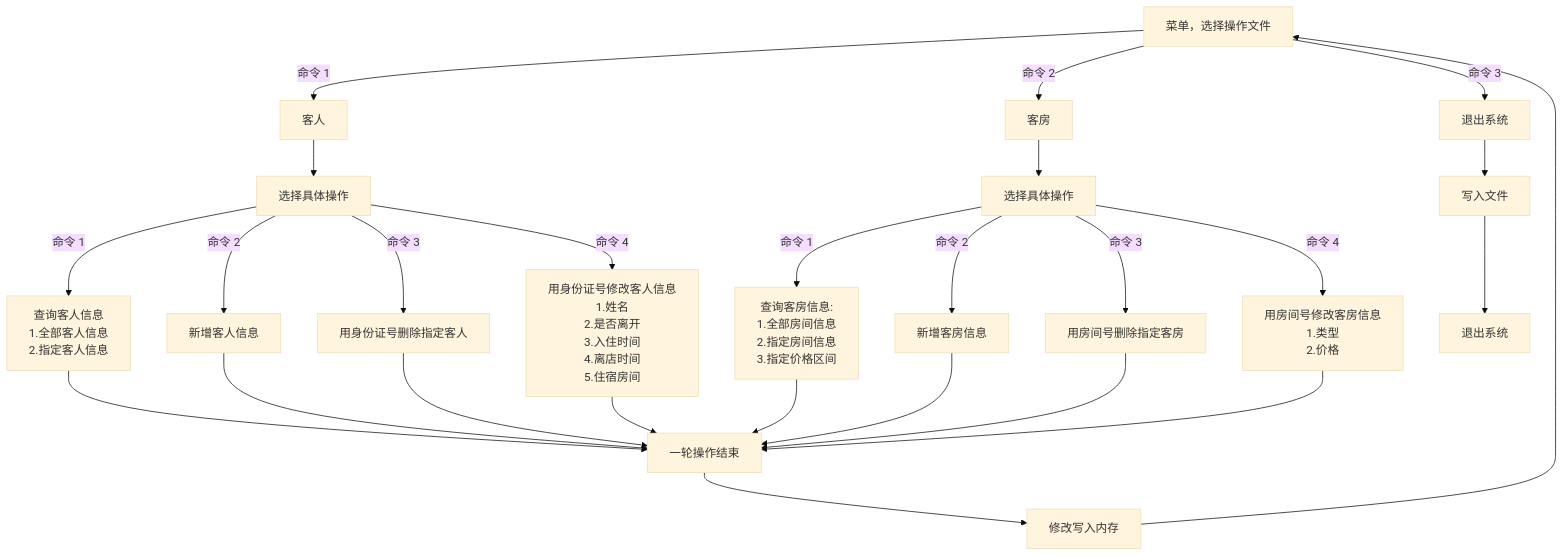
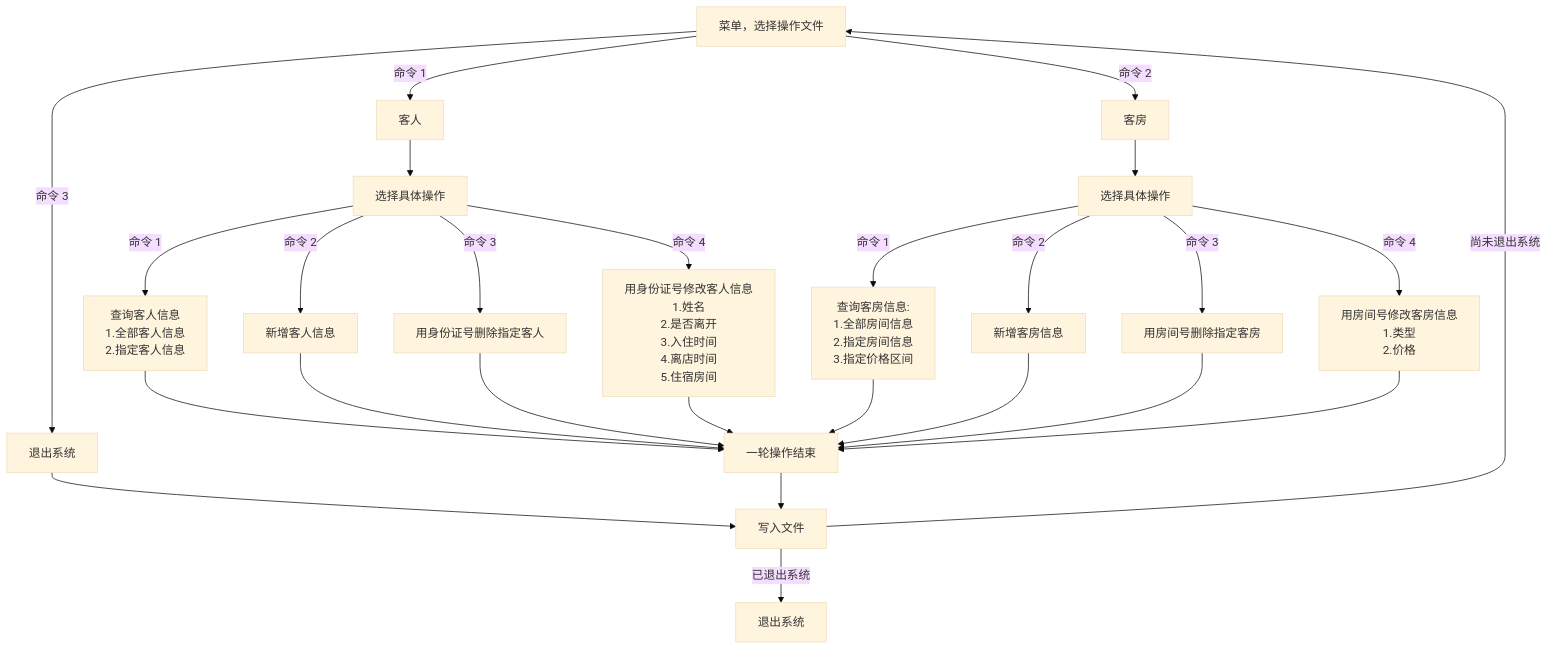
Before and after one commit to 456E646572/hotel-management-system: the first of 3 diagrams in README.md, drawn with Mermaid (base theme).

Commit message:
修改功能模块示意图

````diff
--- a/README.md
+++ b/README.md
@@ -26,56 +26,56 @@
 ```mermaid
 flowchart TD
     A[菜单，选择操作文件]
     A-->|命令 1|GUEST[客人]-->B1[选择具体操作]
     A-->|命令 2|ROOM[客房]-->B2[选择具体操作]
     A-->|命令 3|SYS_OUT[退出系统]-->SAVE[写入文件]
 
     B1-->|命令 1|GUEST_QUERY[
         查询客人信息
         1.全部客人信息
         2.指定客人信息
     ]
 
     B1-->|命令 2|GUEST_ADD[新增客人信息]
 
     B1-->|命令 3|GUEST_DEL[用身份证号删除指定客人]
 
     B1-->|命令 4|GUEST_MOD[
         用身份证号修改客人信息
         1.姓名
         2.是否离开
         3.入住时间
         4.离店时间
         5.住宿房间
     ]
 
     B2-->|命令 1|ROOM_QUERY[
         查询客房信息:
         1.全部房间信息
         2.指定房间信息
         3.指定价格区间
     ]
 
     B2-->|命令 2|ROOM_ADD[新增客房信息]
 
     B2-->|命令 3|ROOM_DEL[用房间号删除指定客房]
 
     B2-->|命令 4|ROOM_MOD[
         用房间号修改客房信息
         1.类型
         2.价格
     ]
 
     END_TURN[一轮操作结束]
     GUEST_QUERY-->END_TURN
     GUEST_ADD-->END_TURN
     GUEST_DEL-->END_TURN
     GUEST_MOD-->END_TURN
     ROOM_QUERY-->END_TURN
     ROOM_ADD-->END_TURN
     ROOM_DEL-->END_TURN
     ROOM_MOD-->END_TURN  
 
-    END_TURN-->NEICUN[修改写入内存]-->A
-    SAVE[写入文件]-->END[退出系统]
+    END_TURN-->SAVE-->|尚未退出系统|A
+    SAVE[写入文件]-->|已退出系统|END[退出系统]
 ```
````
